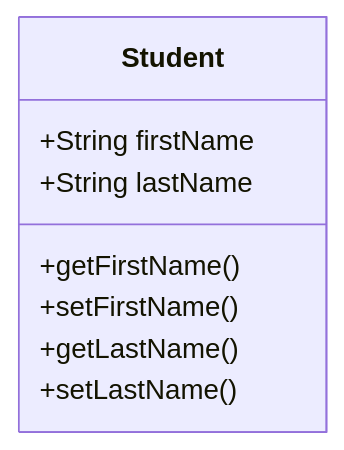
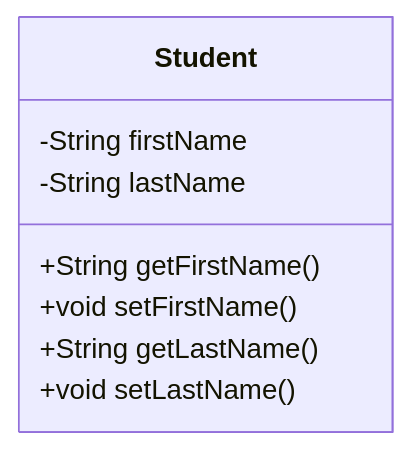
One commit to Neo-1042/spring-boot-demo changed the diagram in spring_boot_notes/27_SPRING_REST_CONTROLLER.md. Above: the diagram before and after it, drawn with Mermaid. The commit also changed 1 other file, not shown here.

Commit message:
Exception Handling with Spring - Documentation

````diff
--- a/spring_boot_notes/27_SPRING_REST_CONTROLLER.md
+++ b/spring_boot_notes/27_SPRING_REST_CONTROLLER.md
@@ -51,11 +51,11 @@
 ```mermaid
 classDiagram
     class Student {
-        +String firstName
-        +String lastName
-        +getFirstName()
-        +setFirstName()
-        +getLastName()
-        +setLastName()
+        -String firstName
+        -String lastName
+        +String getFirstName()
+        +void setFirstName()
+        +String getLastName()
+        +void setLastName()
     }
 ```
````
